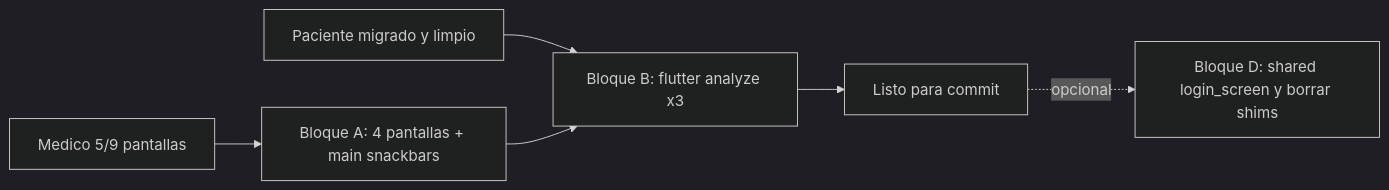
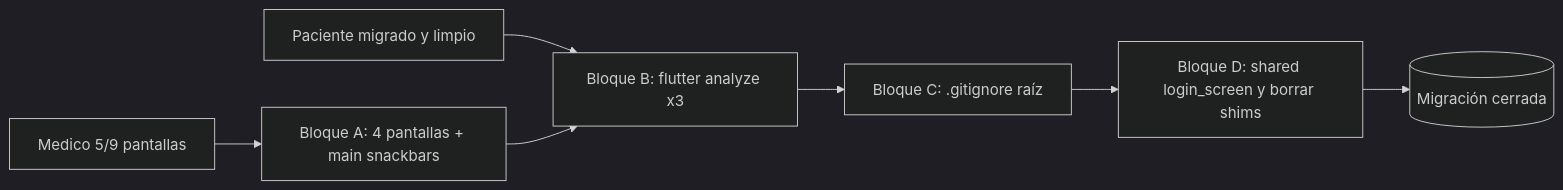
The diagram in mobile/docs/migracion-medico-cierre.md (luischanferoni/bioenlace), drawn with Mermaid (dark theme) before and after one commit. The commit also changed other lines of this file and 14 other files, not shown here.

````diff
--- a/mobile/docs/migracion-medico-cierre.md
+++ b/mobile/docs/migracion-medico-cierre.md
@@ -107,8 +144,9 @@
 ```mermaid
 flowchart LR
     paciente[Paciente migrado y limpio] --> verify
     medMigrated[Medico 5/9 pantallas] --> medRest[Bloque A: 4 pantallas + main snackbars]
     medRest --> verify[Bloque B: flutter analyze x3]
-    verify --> ready[Listo para commit]
-    ready -.opcional.-> bloqueD[Bloque D: shared login_screen y borrar shims]
+    verify --> hygiene[Bloque C: .gitignore raíz]
+    hygiene --> bloqueD[Bloque D: shared login_screen y borrar shims]
+    bloqueD --> closed[(Migración cerrada)]
 ```
````
